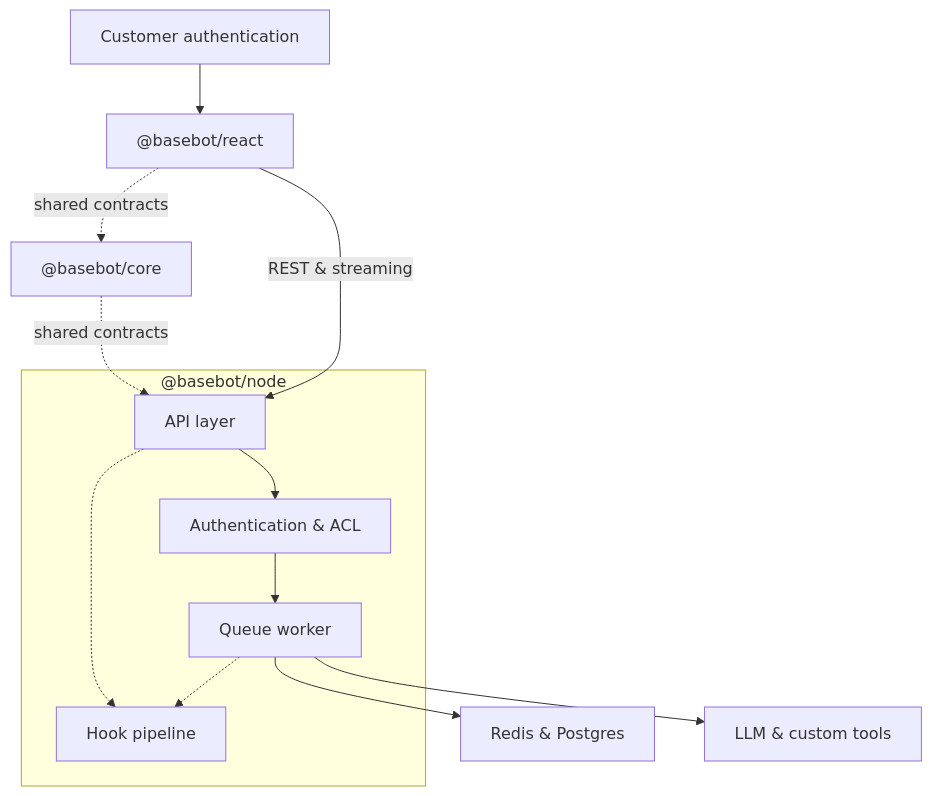
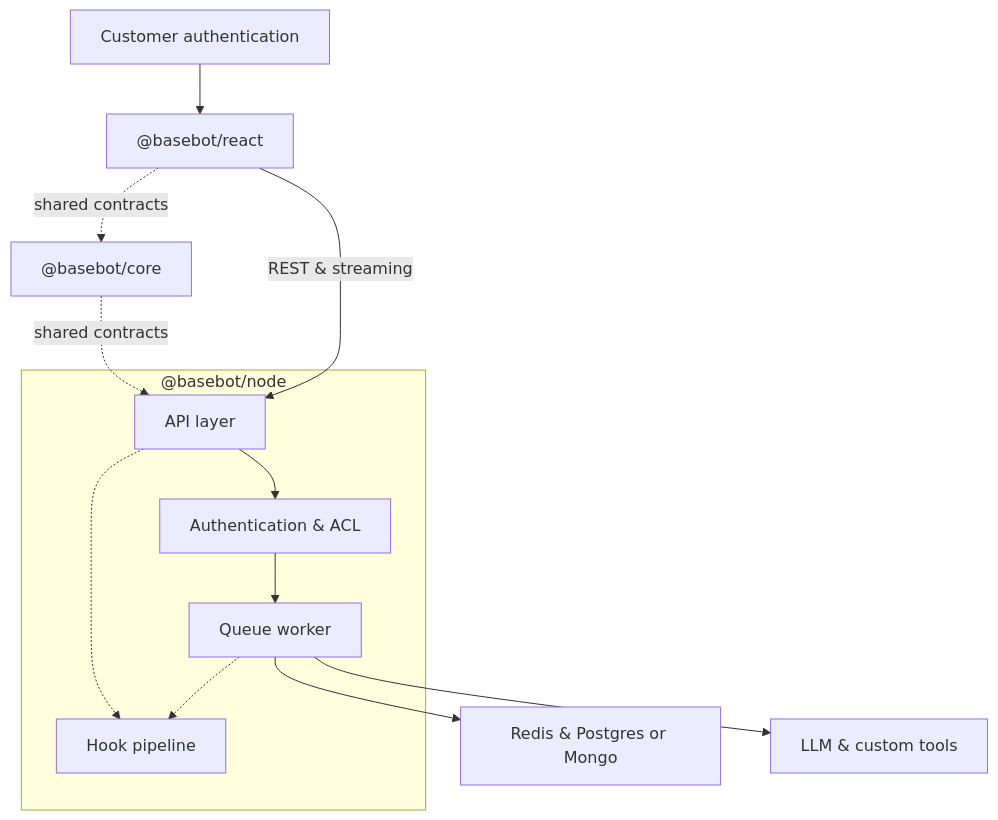
Before and after one commit to skhanal123/baseBot: the diagram in README.md, drawn with Mermaid. The commit also changed other lines of this file and 16 other files, not shown here.

````diff
--- a/README.md
+++ b/README.md
@@ -7,23 +7,23 @@
 ```mermaid
 flowchart TB
     CustAuth["Customer authentication"] --> Widget["@basebot/react"]
 
     Core["@basebot/core"]
     Widget -.->|shared contracts| Core
 
     subgraph Node["@basebot/node"]
         API["API layer"] --> Auth["Authentication & ACL"]
         Auth --> Worker["Queue worker"]
         Hooks["Hook pipeline"]
         API -.-> Hooks
         Worker -.-> Hooks
     end
 
     Core -.->|shared contracts| API
     Widget -->|REST & streaming| API
 
-    Storage["Redis & Postgres"]
+    Storage["Redis & Postgres or Mongo"]
     Integrations["LLM & custom tools"]
     Worker --> Storage
     Worker --> Integrations
 ```
````
